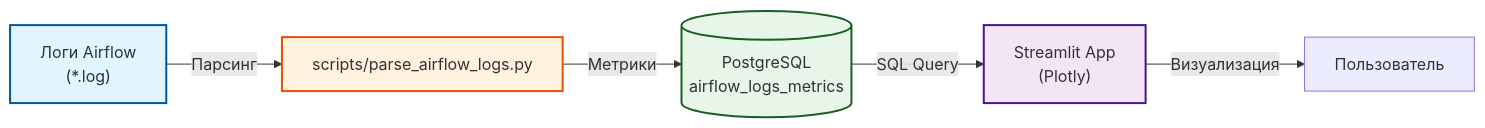
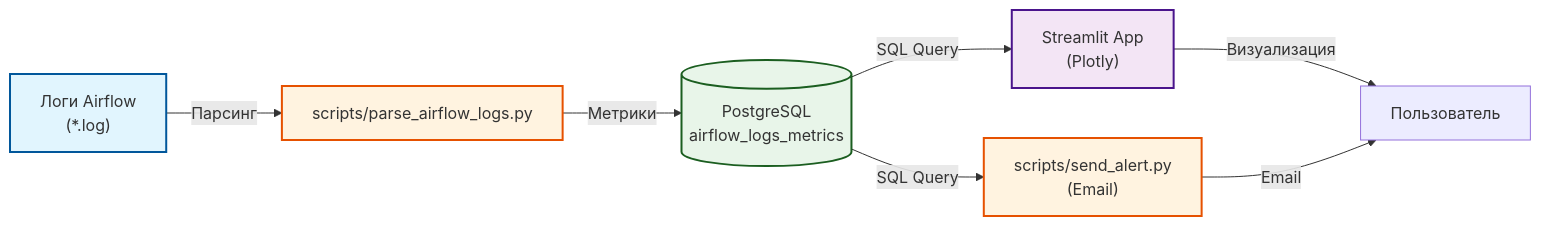
Before and after one commit to nconichtchenko-arch/data-observability-demo: the diagram in README.md, drawn with Mermaid. The commit also changed other lines of this file, not shown here.

````diff
--- a/README.md
+++ b/README.md
@@ -25,17 +25,19 @@
 ```mermaid
 graph LR
     Logs["Логи Airflow<br/>(*.log)"] -->|Парсинг| Parser["scripts/parse_airflow_logs.py"]
     Parser -->|Метрики| DB[("PostgreSQL<br/>airflow_logs_metrics")]
     DB -->|SQL Query| Dashboard["Streamlit App<br/>(Plotly)"]
+    DB -->|SQL Query| Alert["scripts/send_alert.py<br/>(Email)"]
     Dashboard -->|Визуализация| User["Пользователь"]
+    Alert -->|Email| User
     
     classDef log fill:#e1f5fe,stroke:#01579b,stroke-width:2px;
     classDef process fill:#fff3e0,stroke:#e65100,stroke-width:2px;
     classDef db fill:#e8f5e9,stroke:#1b5e20,stroke-width:2px;
     classDef app fill:#f3e5f5,stroke:#4a148c,stroke-width:2px;
     
     class Logs log;
-    class Parser process;
+    class Parser,Alert process;
     class DB db;
     class Dashboard app;
 ```
````
